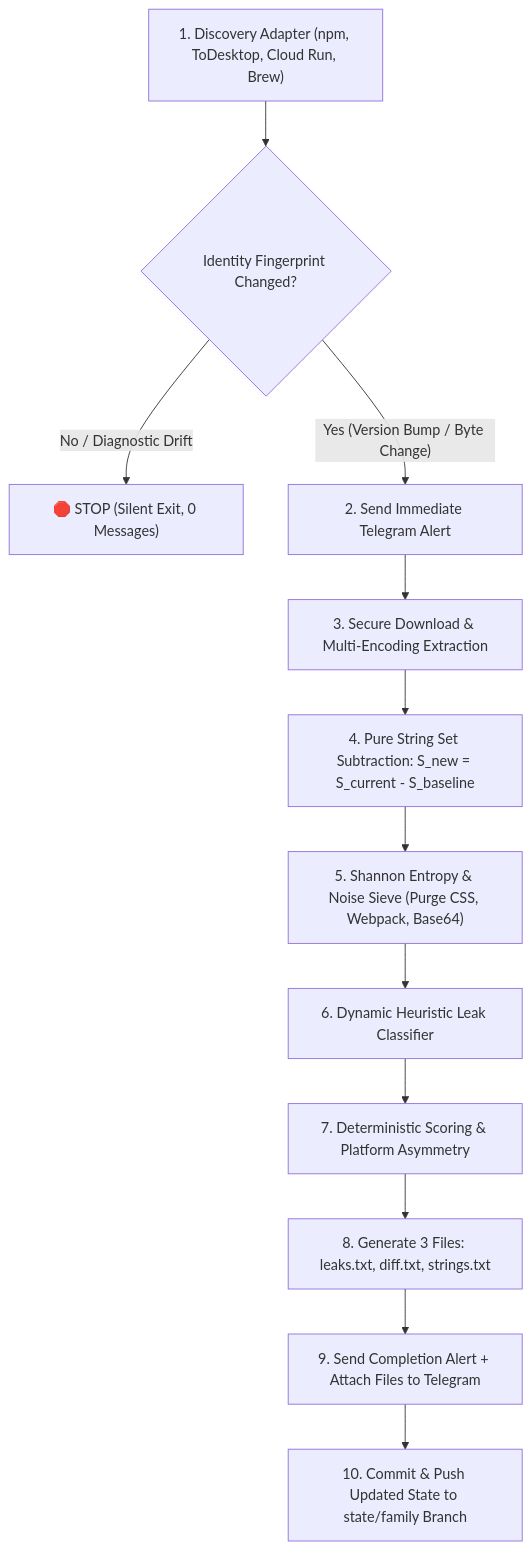
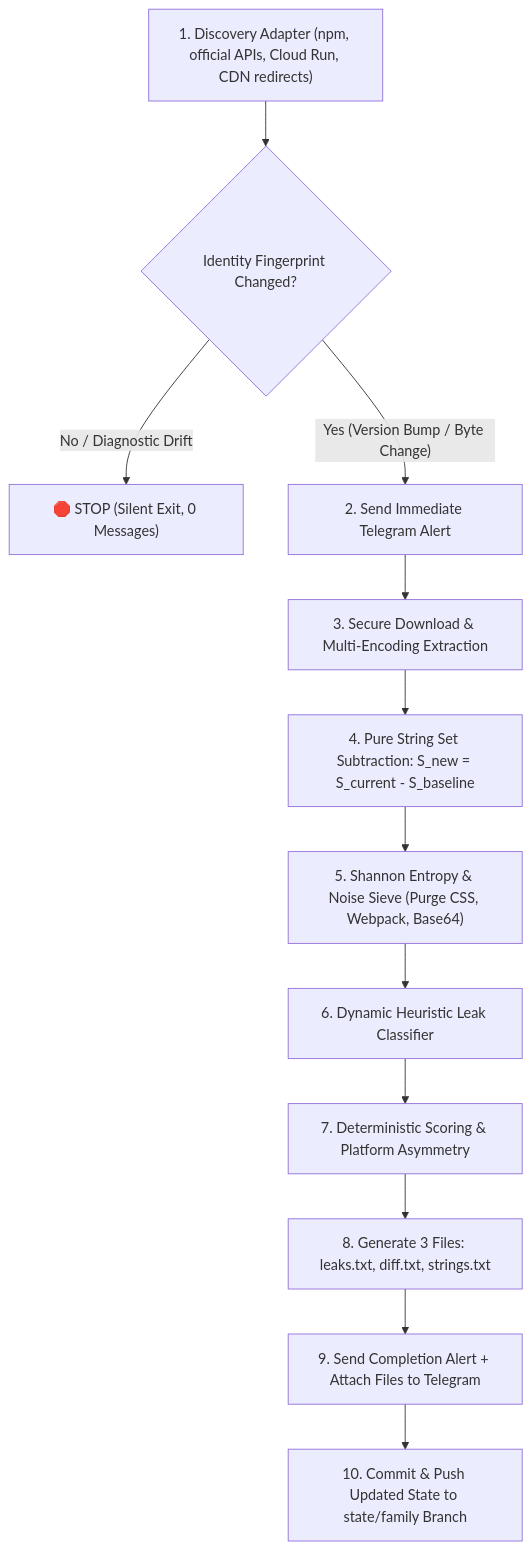
The diagram in reverse-leak.md (Namra7-x/lmarena-tracker), drawn with Mermaid before and after one commit. The commit also changed other lines of this file and 31 other files, not shown here.

````diff
--- a/reverse-leak.md
+++ b/reverse-leak.md
@@ -46,14 +46,14 @@
 ```mermaid
 flowchart TD
-    A["1. Discovery Adapter (npm, ToDesktop, Cloud Run, Brew)"] --> B{"Identity Fingerprint Changed?"}
+    A["1. Discovery Adapter (npm, official APIs, Cloud Run, CDN redirects)"] --> B{"Identity Fingerprint Changed?"}
     B -- No / Diagnostic Drift --> C["🛑 STOP (Silent Exit, 0 Messages)"]
     B -- Yes (Version Bump / Byte Change) --> D["2. Send Immediate Telegram Alert"]
     D --> E["3. Secure Download & Multi-Encoding Extraction"]
     E --> F["4. Pure String Set Subtraction: S_new = S_current - S_baseline"]
     F --> G["5. Shannon Entropy & Noise Sieve (Purge CSS, Webpack, Base64)"]
     G --> H["6. Dynamic Heuristic Leak Classifier"]
     H --> I["7. Deterministic Scoring & Platform Asymmetry"]
     I --> J["8. Generate 3 Files: leaks.txt, diff.txt, strings.txt"]
     J --> K["9. Send Completion Alert + Attach Files to Telegram"]
     K --> L["10. Commit & Push Updated State to state/family Branch"]
 ```
````
